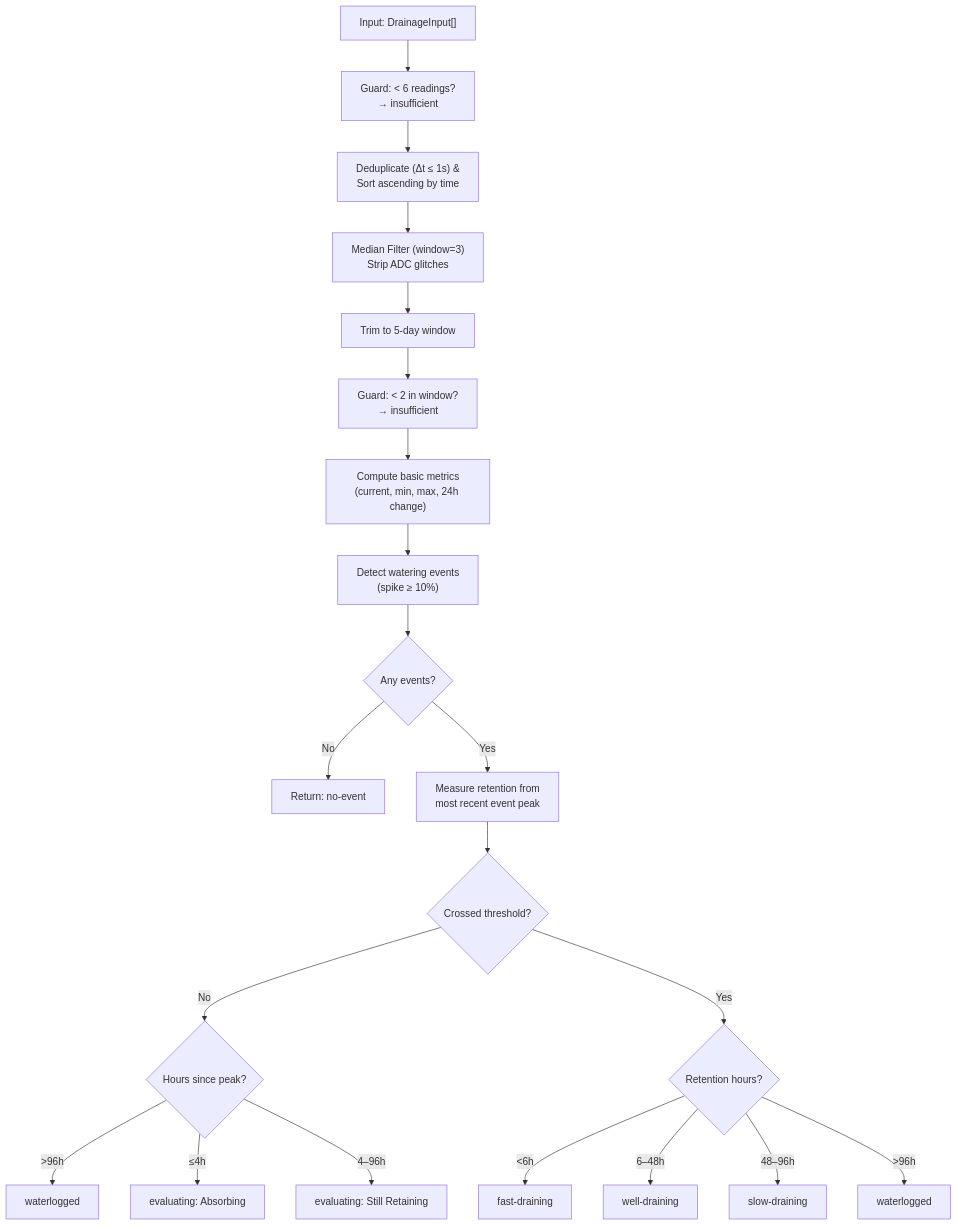
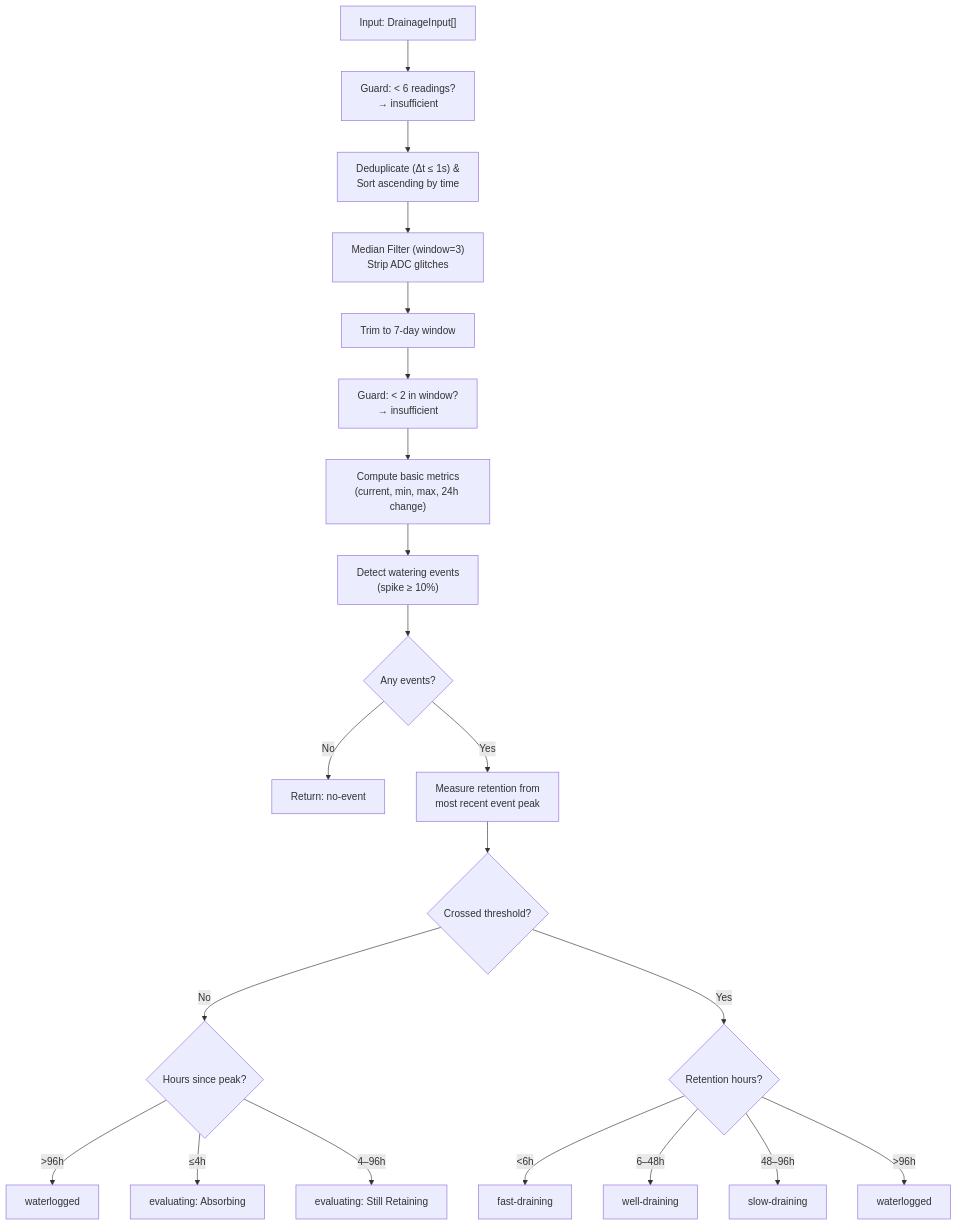
One commit to Kamish76/ViabilityNode changed the second of 2 diagrams in docs/DrainageCard.md. Above: the diagram before and after it, drawn with Mermaid. The commit also changed other lines of this file and 3 other files, not shown here.

````diff
--- a/docs/DrainageCard.md
+++ b/docs/DrainageCard.md
@@ -91,23 +91,23 @@
 ```mermaid
 graph TD
     A["Input: DrainageInput[]"] --> B["Guard: < 6 readings?<br/>→ insufficient"]
     B --> C["Deduplicate (Δt ≤ 1s) &<br/>Sort ascending by time"]
     C --> D["Median Filter (window=3)<br/>Strip ADC glitches"]
-    D --> E["Trim to 5-day window"]
+    D --> E["Trim to 7-day window"]
     E --> F["Guard: < 2 in window?<br/>→ insufficient"]
     F --> G["Compute basic metrics<br/>(current, min, max, 24h change)"]
     G --> H["Detect watering events<br/>(spike ≥ 10%)"]
     H --> I{"Any events?"}
     I -- No --> J["Return: no-event"]
     I -- Yes --> K["Measure retention from<br/>most recent event peak"]
     K --> L{"Crossed threshold?"}
     L -- No --> M{"Hours since peak?"}
     M -- ">96h" --> N["waterlogged"]
     M -- "≤4h" --> O["evaluating: Absorbing"]
     M -- "4–96h" --> P["evaluating: Still Retaining"]
     L -- Yes --> Q{"Retention hours?"}
     Q -- "<6h" --> R["fast-draining"]
     Q -- "6–48h" --> S["well-draining"]
     Q -- "48–96h" --> T["slow-draining"]
     Q -- ">96h" --> U["waterlogged"]
 ```
````
